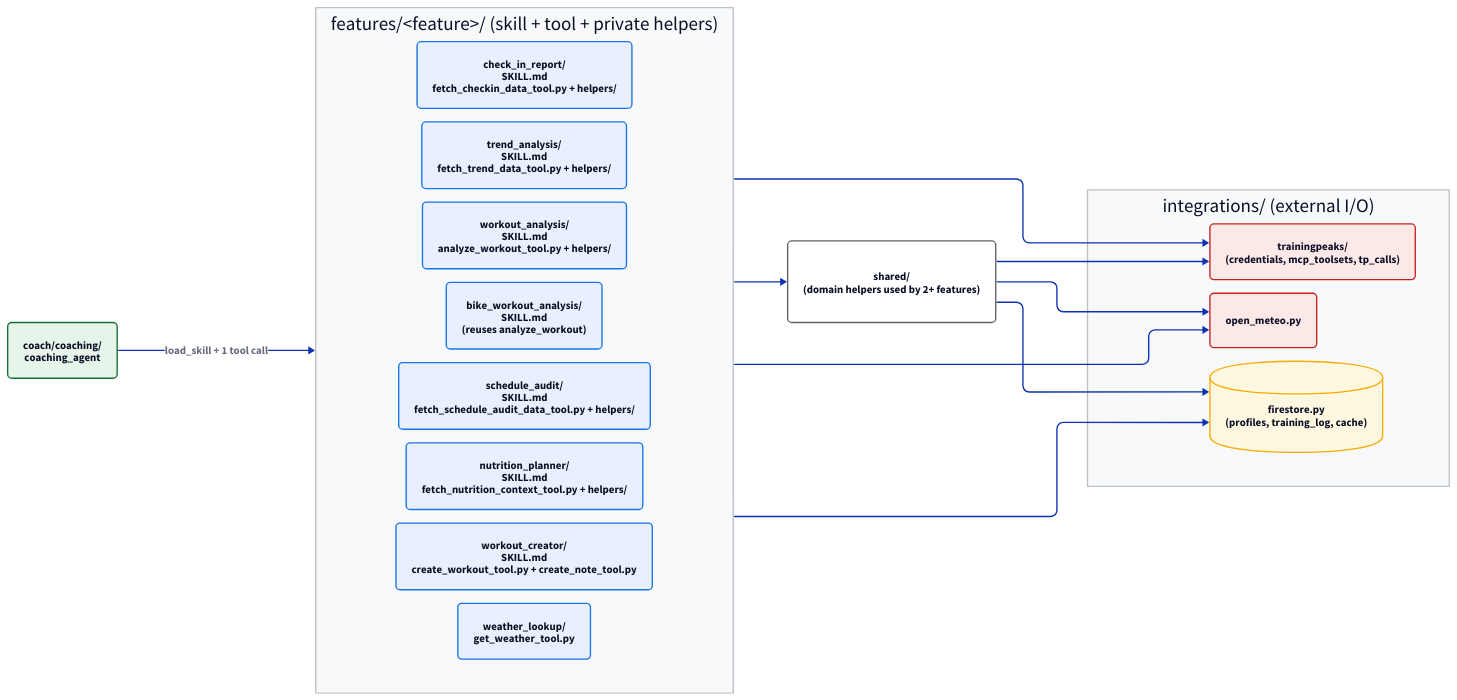
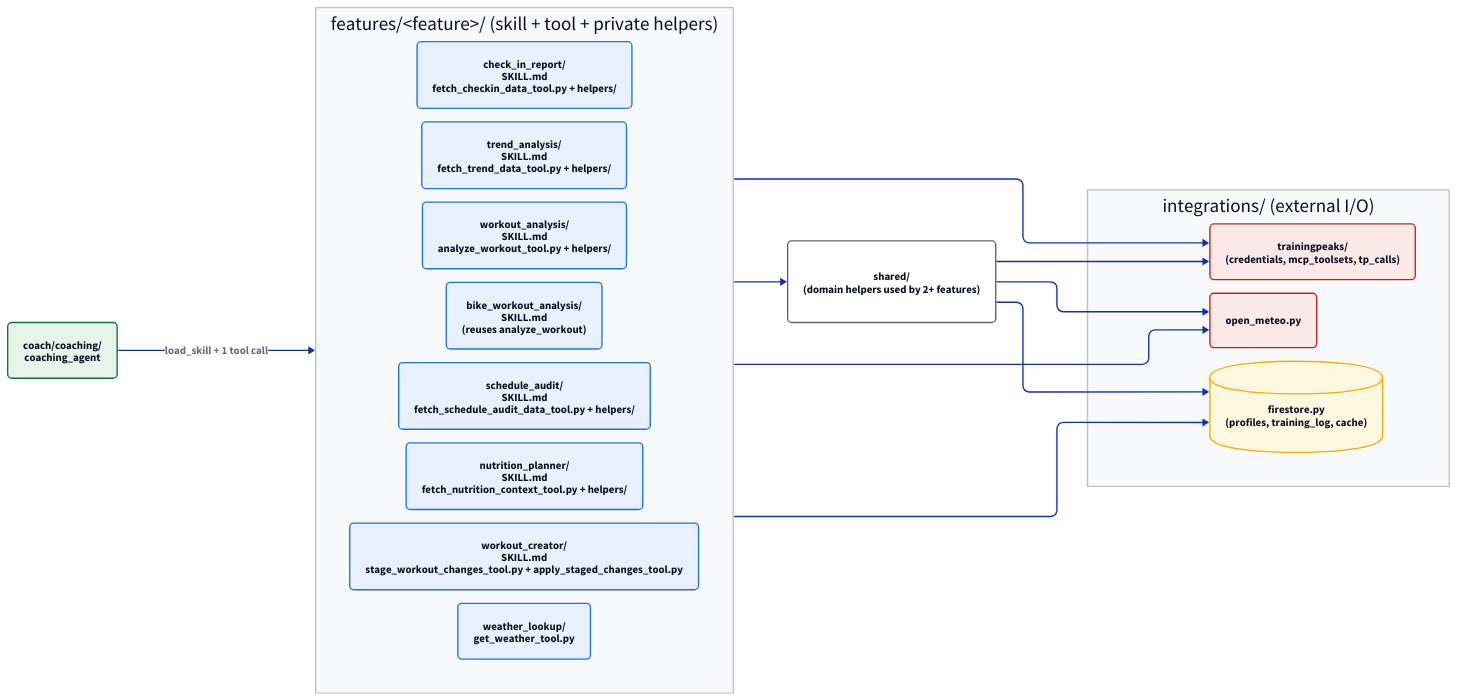
One commit to cy-visser/runningagent changed the diagram in docs/diagrams/03_skill_facades.d2. Above: the diagram before and after it, drawn with D2. The commit also changed 94 other files, not shown here.

```diff
--- a/docs/diagrams/03_skill_facades.d2
+++ b/docs/diagrams/03_skill_facades.d2
@@ -1,51 +1,51 @@
 direction: right
 
 vars: {
   d2-config: {
     layout-engine: elk
   }
 }
 
 classes: {
   skill: {style.fill: "#f3e8fd"; style.stroke: "#8430ce"; style.border-radius: 6}
   facade: {style.fill: "#e8f0fe"; style.stroke: "#1a73e8"; style.border-radius: 6}
   helper: {style.fill: "#ffffff"; style.stroke: "#5f6368"; style.border-radius: 6}
   ext: {style.fill: "#fce8e6"; style.stroke: "#c5221f"; style.border-radius: 6}
   data: {shape: cylinder; style.fill: "#fff8e1"; style.stroke: "#f9ab00"}
   ai: {style.fill: "#e6f4ea"; style.stroke: "#137333"; style.border-radius: 6; style.bold: true}
 }
 
 coach: "coach/coaching/\ncoaching_agent" {class: ai}
 
 features: "features/<feature>/ (skill + tool + private helpers)" {
   style.fill: "#f8f9fa"
   style.stroke: "#bdc1c6"
 
   ci: "check_in_report/\nSKILL.md\nfetch_checkin_data_tool.py + helpers/" {class: facade}
   ta: "trend_analysis/\nSKILL.md\nfetch_trend_data_tool.py + helpers/" {class: facade}
   wa: "workout_analysis/\nSKILL.md\nanalyze_workout_tool.py + helpers/" {class: facade}
   bwa: "bike_workout_analysis/\nSKILL.md\n(reuses analyze_workout)" {class: facade}
   sa: "schedule_audit/\nSKILL.md\nfetch_schedule_audit_data_tool.py + helpers/" {class: facade}
   np: "nutrition_planner/\nSKILL.md\nfetch_nutrition_context_tool.py + helpers/" {class: facade}
-  wc: "workout_creator/\nSKILL.md\ncreate_workout_tool.py + create_note_tool.py" {class: facade}
+  wc: "workout_creator/\nSKILL.md\nstage_workout_changes_tool.py + apply_staged_changes_tool.py" {class: facade}
   wl: "weather_lookup/\nget_weather_tool.py" {class: facade}
 }
 
 shared: "shared/\n(domain helpers used by 2+ features)" {class: helper}
 
 integrations: "integrations/ (external I/O)" {
   style.fill: "#f8f9fa"
   style.stroke: "#bdc1c6"
   tp: "trainingpeaks/\n(credentials, mcp_toolsets, tp_calls)" {class: ext}
   meteo: "open_meteo.py" {class: ext}
   fs: "firestore.py\n(profiles, training_log, cache)" {class: data}
 }
 
 coach -> features: "load_skill + 1 tool call" {style.bold: true}
 features -> shared
 features -> integrations.tp
 features -> integrations.meteo
 features -> integrations.fs
 shared -> integrations.tp
 shared -> integrations.meteo
 shared -> integrations.fs
```
